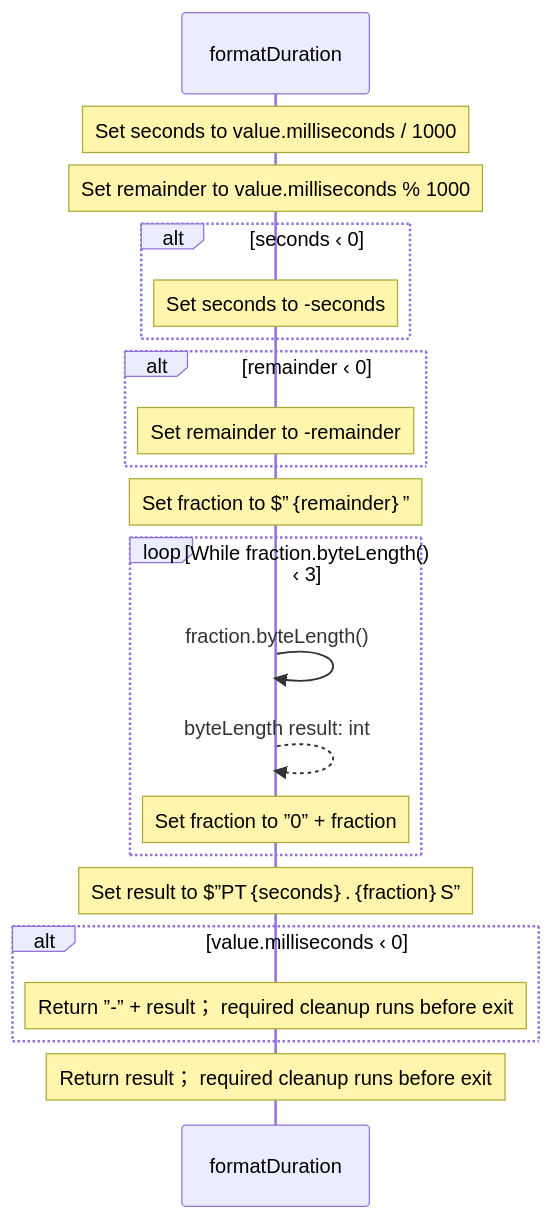
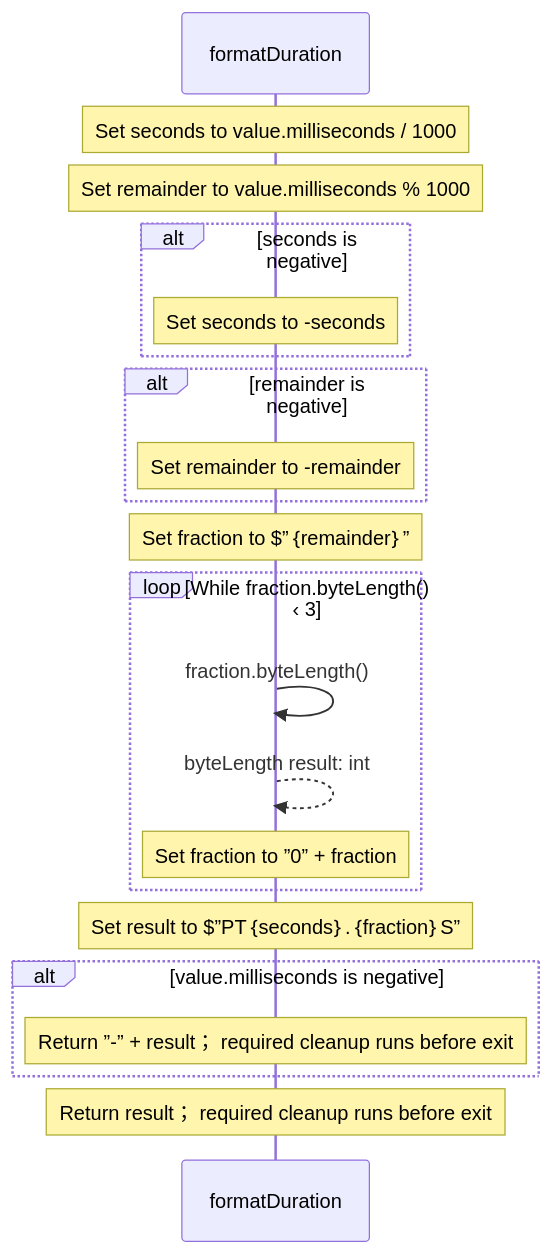
Before and after one commit to GreenPandaStudios/augscript: the fifth of 8 diagrams in src/stdlib/values/durations.aug.diagrams.md, drawn with Mermaid. The commit also changed other lines of this file and 658 other files, not shown here.

````diff
--- a/src/stdlib/values/durations.aug.diagrams.md
+++ b/src/stdlib/values/durations.aug.diagrams.md
@@ -178,24 +194,24 @@
 ```mermaid
 sequenceDiagram
     participant p0 as formatDuration
 
     Note over p0: Set seconds to value.milliseconds / 1000
     Note over p0: Set remainder to value.milliseconds % 1000
-    alt seconds ‹ 0
+    alt seconds is negative
     Note over p0: Set seconds to -seconds
     end
-    alt remainder ‹ 0
+    alt remainder is negative
     Note over p0: Set remainder to -remainder
     end
     Note over p0: Set fraction to $”｛remainder｝”
     loop While fraction.byteLength() ‹ 3
     p0->>p0: fraction.byteLength()
     p0-->>p0: byteLength result: int
     Note over p0: Set fraction to ”0” + fraction
     end
     Note over p0: Set result to $”PT｛seconds｝.｛fraction｝S”
-    alt value.milliseconds ‹ 0
+    alt value.milliseconds is negative
     Note over p0: Return ”-” + result； required cleanup runs before exit
     end
     Note over p0: Return result； required cleanup runs before exit
 ```
````
